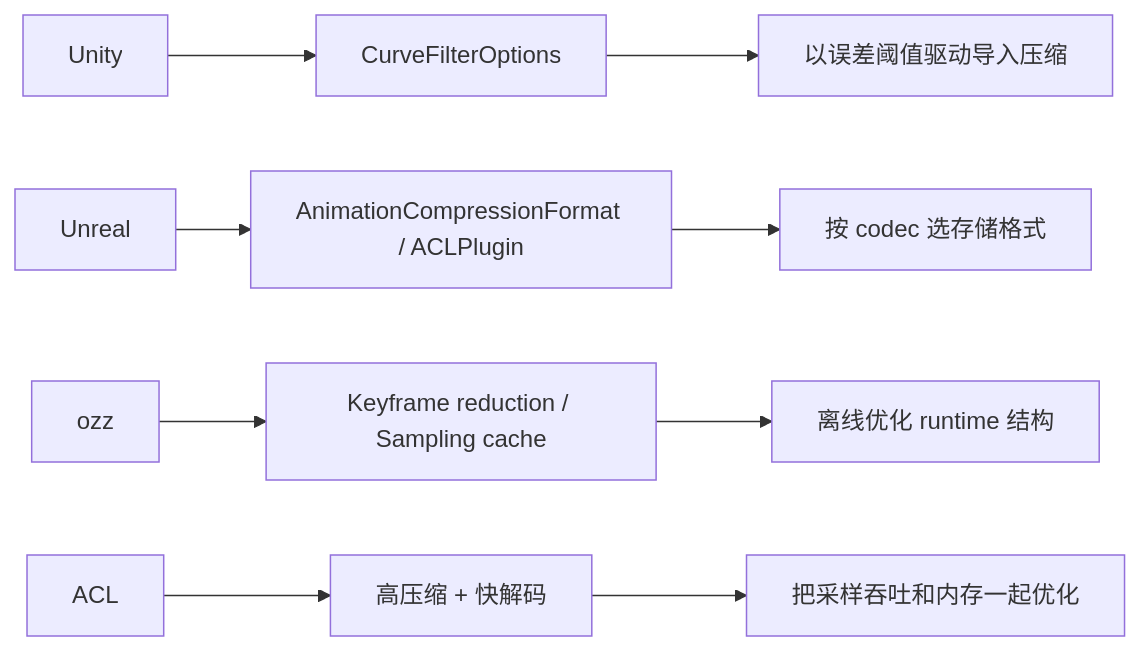
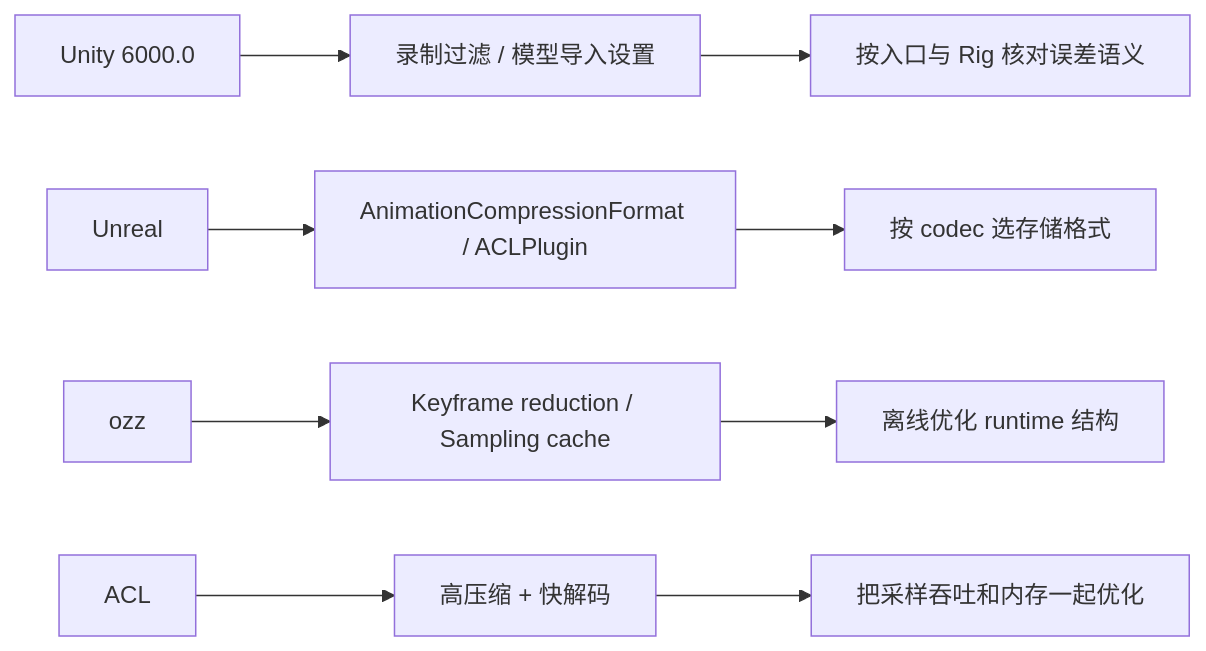
One commit to TwoEggDu/twoegg-tech-stack changed the third of 3 diagrams in content/system-design/algorithms/algo-11-animation-compression.md. Above: the diagram before and after it, drawn with Mermaid. The commit also changed other lines of this file and 22 other files, not shown here.

````diff
--- a/content/system-design/algorithms/algo-11-animation-compression.md
+++ b/content/system-design/algorithms/algo-11-animation-compression.md
@@ -157,11 +164,11 @@
 ```mermaid
 flowchart LR
-    A[Unity] --> A1[CurveFilterOptions]
+    A[Unity 6000.0] --> A1[录制过滤 / 模型导入设置]
     B[Unreal] --> B1[AnimationCompressionFormat / ACLPlugin]
     C[ozz] --> C1[Keyframe reduction / Sampling cache]
     D[ACL] --> D1[高压缩 + 快解码]
-    A1 --> E[以误差阈值驱动导入压缩]
+    A1 --> E[按入口与 Rig 核对误差语义]
     B1 --> F[按 codec 选存储格式]
     C1 --> G[离线优化 runtime 结构]
     D1 --> H[把采样吞吐和内存一起优化]
 ```
````
